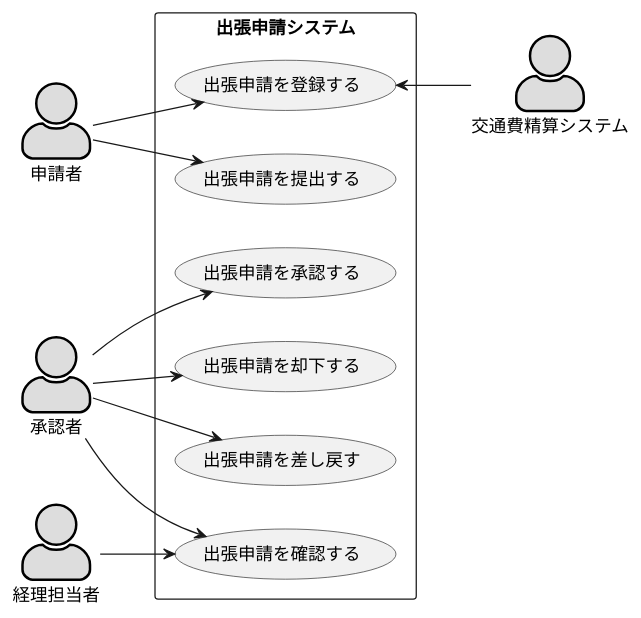
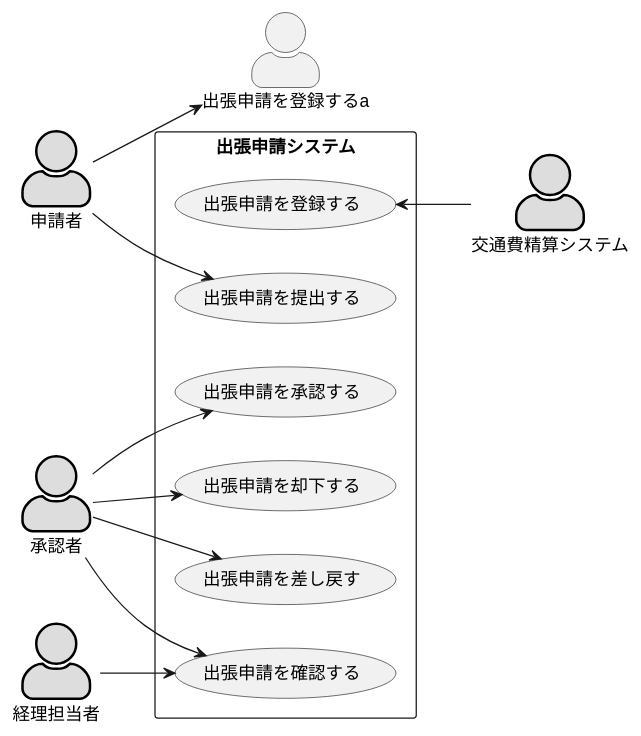
Before and after one commit to koha0516/uml-introduction: the diagram in 演習2-1_UM_出張管理システム.pu, drawn with PlantUML.

```diff
--- a/演習2-1_UM_出張管理システム.pu
+++ b/演習2-1_UM_出張管理システム.pu
@@ -1,26 +1,26 @@
 @startuml ユースケース図
 skinparam actorStyle awesome
 left to right direction
 actor 申請者 #DDDDDD;line:black;line.bold;
 actor 承認者 #DDDDDD;line:black;line.bold;
 actor 経理担当者 #DDDDDD;line:black;line.bold;
 actor 交通費精算システム #DDDDDD;line:black;line.bold;
 
 rectangle 出張申請システム {
 usecase 出張申請を登録する
 usecase 出張申請を提出する
 usecase 出張申請を承認する
 usecase 出張申請を却下する
 usecase 出張申請を差し戻す
 usecase 出張申請を確認する
 }
-申請者 --> 出張申請を登録する
+申請者 --> 出張申請を登録するa
 申請者 --> 出張申請を提出する
 承認者 --> 出張申請を承認する
 承認者 --> 出張申請を却下する
 承認者 --> 出張申請を差し戻す
 承認者 --> 出張申請を確認する
 経理担当者 --> 出張申請を確認する
 出張申請を登録する <-- 交通費精算システム
 
 @enduml
```
